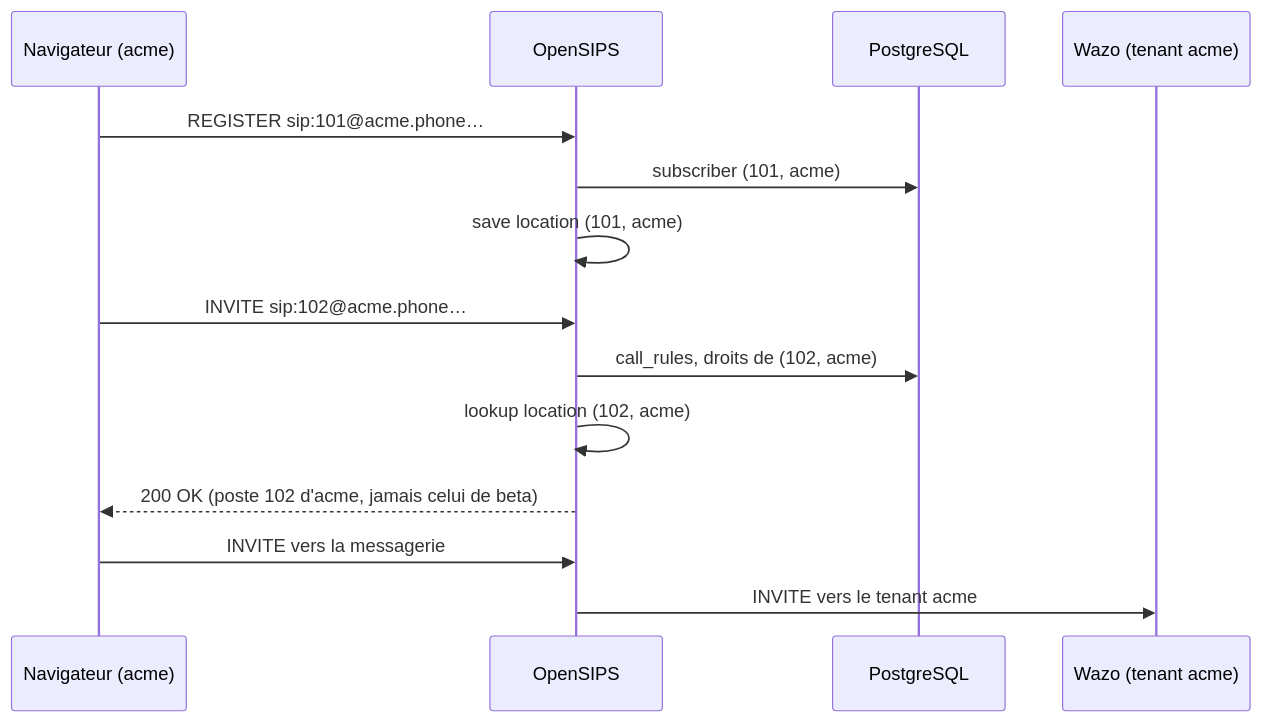
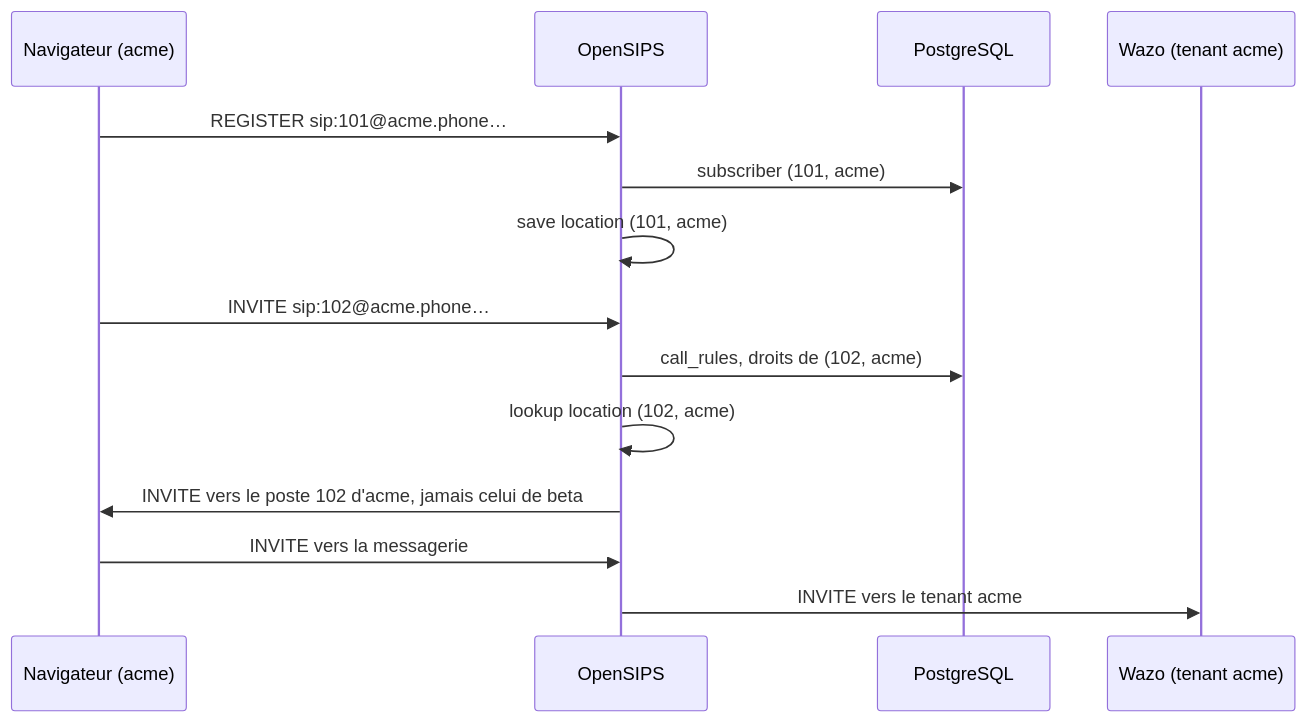
One commit to linagora/twake-phone changed the diagram in docs/adr/0036-saas-pile-partagee.md. Above: the diagram before and after it, drawn with Mermaid. The commit also changed other lines of this file and 1 other file, not shown here.

````diff
--- a/docs/adr/0036-saas-pile-partagee.md
+++ b/docs/adr/0036-saas-pile-partagee.md
@@ -21,16 +27,16 @@
 ```mermaid
 sequenceDiagram
   participant N as Navigateur (acme)
   participant O as OpenSIPS
   participant P as PostgreSQL
   participant W as Wazo (tenant acme)
   N->>O: REGISTER sip:101@acme.phone…
   O->>P: subscriber (101, acme)
   O->>O: save location (101, acme)
   N->>O: INVITE sip:102@acme.phone…
   O->>P: call_rules, droits de (102, acme)
   O->>O: lookup location (102, acme)
-  O-->>N: 200 OK (poste 102 d'acme, jamais celui de beta)
+  O->>N: INVITE vers le poste 102 d'acme, jamais celui de beta
   N->>O: INVITE vers la messagerie
   O->>W: INVITE vers le tenant acme
 ```
````
